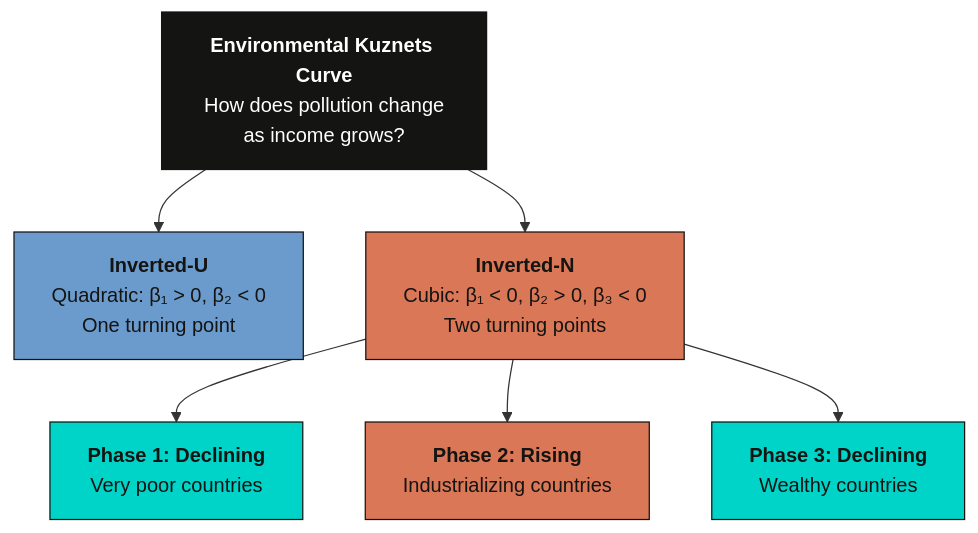
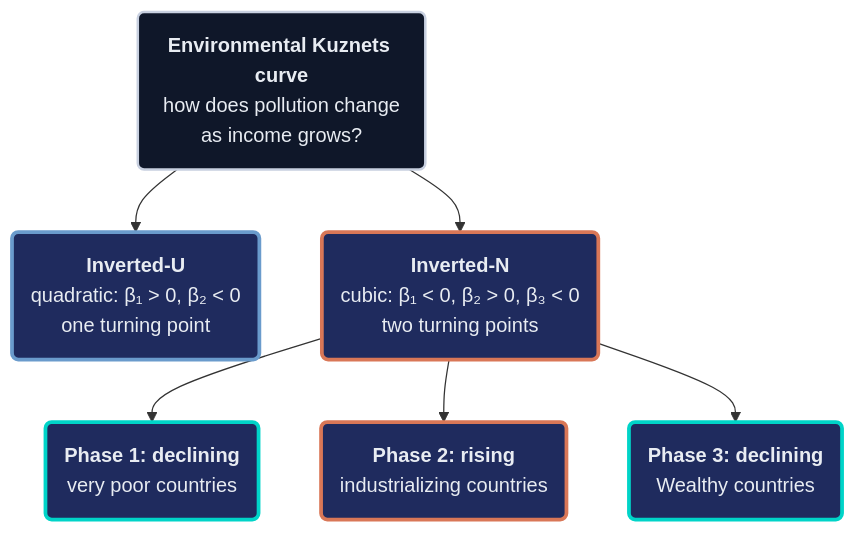
One commit to cmg777/starter-academic-v501 changed the second of 4 diagrams in content/post/stata_bma_dsl/index.md. Above: the diagram before and after it, drawn with Mermaid. The commit also changed other lines of this file and 13 other files, not shown here.

First line of the commit message:
content(mermaid): restyle flowcharts in Stata posts, batch 1 of 2

````diff
--- a/content/post/stata_bma_dsl/index.md
+++ b/content/post/stata_bma_dsl/index.md
@@ -372,18 +376,19 @@
 ```mermaid
 graph TD
-    EKC["<b>Environmental Kuznets Curve</b><br/>How does pollution change<br/>as income grows?"]
+    EKC("<b>Environmental Kuznets curve</b><br/>how does pollution change<br/>as income grows?")
 
-    EKC --> IU["<b>Inverted-U</b><br/>Quadratic: β₁ > 0, β₂ < 0<br/>One turning point"]
-    EKC --> IN["<b>Inverted-N</b><br/>Cubic: β₁ < 0, β₂ > 0, β₃ < 0<br/>Two turning points"]
+    EKC --> IU("<b>Inverted-U</b><br/>quadratic: β₁ > 0, β₂ < 0<br/>one turning point")
+    EKC --> IN("<b>Inverted-N</b><br/>cubic: β₁ < 0, β₂ > 0, β₃ < 0<br/>two turning points")
 
-    IN --> P1["<b>Phase 1: Declining</b><br/>Very poor countries"]
-    IN --> P2["<b>Phase 2: Rising</b><br/>Industrializing countries"]
-    IN --> P3["<b>Phase 3: Declining</b><br/>Wealthy countries"]
-
-    style EKC fill:#141413,stroke:#141413,color:#fff
-    style IU fill:#6a9bcc,stroke:#141413,color:#141413
-    style IN fill:#d97757,stroke:#141413,color:#141413
-    style P1 fill:#00d4c8,stroke:#141413,color:#141413
-    style P2 fill:#d97757,stroke:#141413,color:#141413
-    style P3 fill:#00d4c8,stroke:#141413,color:#141413
+    IN --> P1("<b>Phase 1: declining</b><br/>very poor countries")
+    IN --> P2("<b>Phase 2: rising</b><br/>industrializing countries")
+    IN --> P3("<b>Phase 3: declining</b><br/>Wealthy countries")
+    classDef anchor fill:#0f1729,stroke:#c8d0e0,stroke-width:2px,color:#e8ecf2
+    classDef blue fill:#1f2b5e,stroke:#6a9bcc,stroke-width:3px,color:#e8ecf2
+    classDef orange fill:#1f2b5e,stroke:#d97757,stroke-width:3px,color:#e8ecf2
+    classDef teal fill:#1f2b5e,stroke:#00d4c8,stroke-width:3px,color:#e8ecf2
+    class EKC anchor
+    class IU blue
+    class IN,P2 orange
+    class P1,P3 teal
 ```
````
